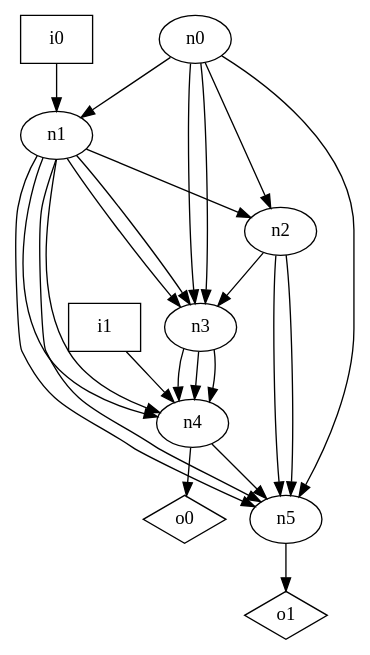
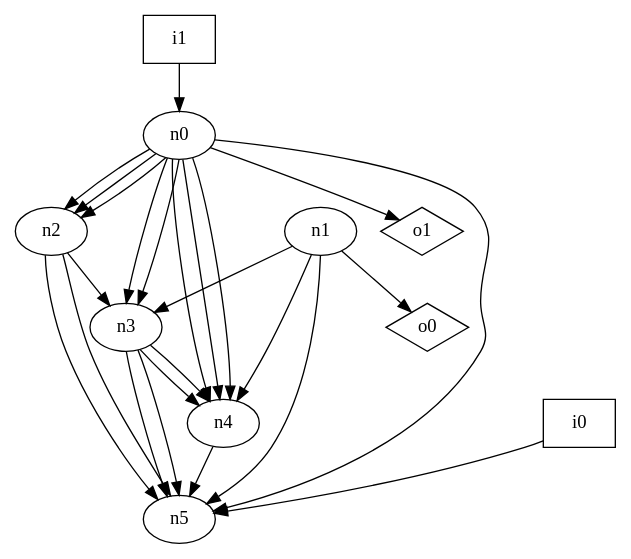
The diagram in dot_files/random/random_DAG_loop_free_graph.dot (p9romain/bool-circuits), drawn with Graphviz before and after one commit. The commit also changed 87 other files, not shown here.

```diff
--- a/dot_files/random/random_DAG_loop_free_graph.dot
+++ b/dot_files/random/random_DAG_loop_free_graph.dot
@@ -1,35 +1,36 @@
 digraph G {
 n0 [label="n0"];
 n1 [label="n1"];
 n2 [label="n2"];
 n3 [label="n3"];
 n4 [label="n4"];
 n5 [label="n5"];
 n6 [label="i0",shape="box"];
 n7 [label="i1",shape="box"];
 n8 [label="o0",shape="diamond"];
 n9 [label="o1",shape="diamond"];
-n0 -> n1
+n0 -> n2
+n0 -> n2
 n0 -> n2
 n0 -> n3
 n0 -> n3
+n0 -> n4
+n0 -> n4
+n0 -> n4
 n0 -> n5
-n1 -> n2
-n1 -> n3
+n0 -> n9
 n1 -> n3
 n1 -> n4
-n1 -> n4
 n1 -> n5
-n1 -> n5
+n1 -> n8
 n2 -> n3
 n2 -> n5
 n2 -> n5
 n3 -> n4
 n3 -> n4
-n3 -> n4
+n3 -> n5
+n3 -> n5
 n4 -> n5
-n4 -> n8
-n5 -> n9
-n6 -> n1
-n7 -> n4
+n6 -> n5
+n7 -> n0
 }
```
